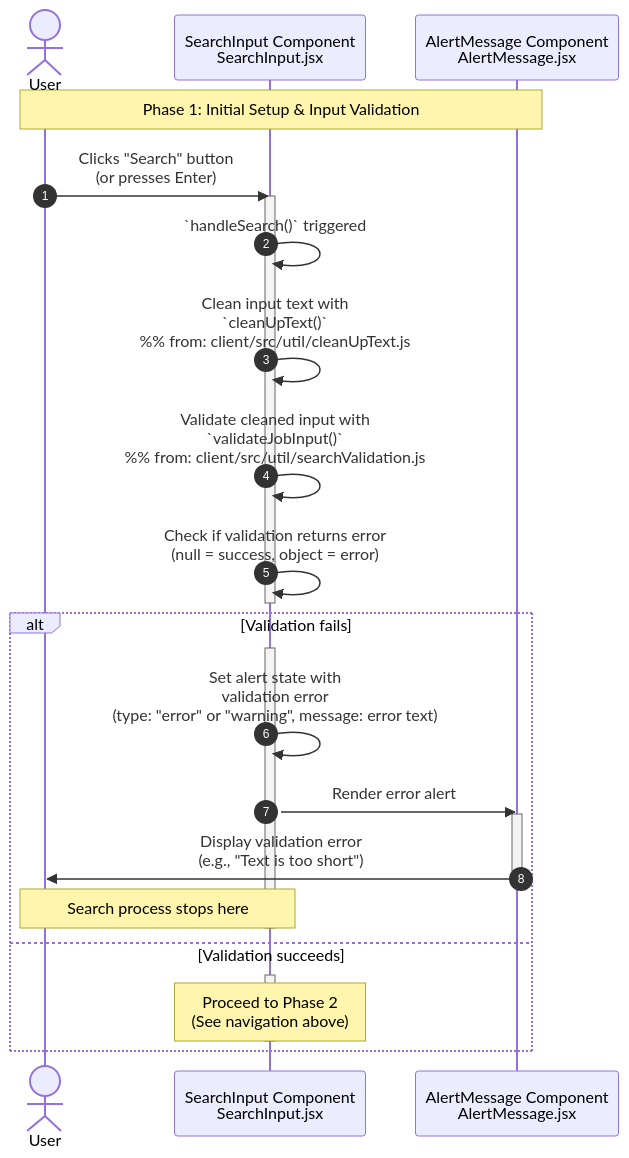
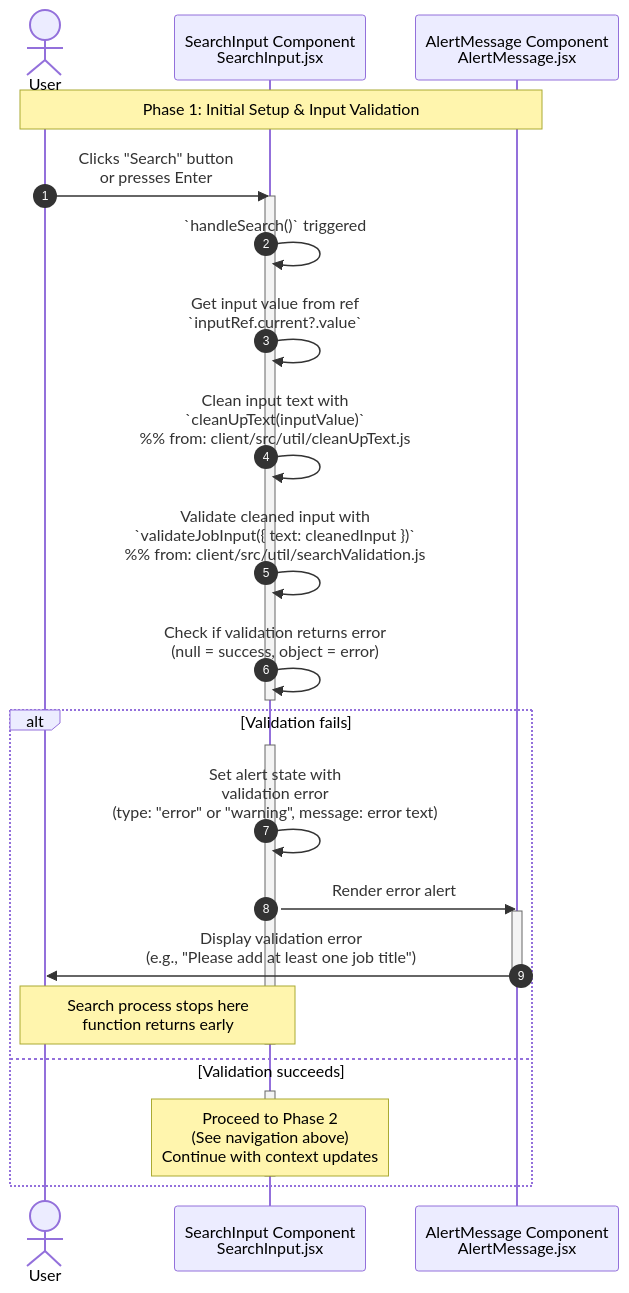
Before and after one commit to YahyaAl-Ademi/2025.10.23-JobCompass: the diagram in documentation/jobFetch/1.Initial Setup & Input Validation.md, drawn with Mermaid. The commit also changed 5 other files, not shown here.

Commit message:
refactor: update job fetch documentation; enhance input validation flow, context state updates, and travel details fetching process

````diff
--- a/documentation/jobFetch/1.Initial Setup & Input Validation.md
+++ b/documentation/jobFetch/1.Initial Setup & Input Validation.md
@@ -7,34 +7,35 @@
 ```mermaid
 sequenceDiagram
     autonumber
     actor User
     %% File paths:
     %% SearchInput: client/src/components/SearchInput/SearchInput.jsx
     %% AlertMessage: client/src/components/AlertMessage/AlertMessage.jsx
     participant SearchInput as SearchInput Component<br/>SearchInput.jsx
     participant AlertMessage as AlertMessage Component<br/>AlertMessage.jsx
 
     Note over User,AlertMessage: Phase 1: Initial Setup & Input Validation
-    User->>SearchInput: Clicks "Search" button<br/>(or presses Enter)
+    User->>SearchInput: Clicks "Search" button<br/>or presses Enter
     activate SearchInput
     SearchInput->>SearchInput: `handleSearch()` triggered
-    SearchInput->>SearchInput: Clean input text with<br/>`cleanUpText()`<br/>%% from: client/src/util/cleanUpText.js
-    SearchInput->>SearchInput: Validate cleaned input with<br/>`validateJobInput()`<br/>%% from: client/src/util/searchValidation.js
+    SearchInput->>SearchInput: Get input value from ref<br/>`inputRef.current?.value`
+    SearchInput->>SearchInput: Clean input text with<br/>`cleanUpText(inputValue)`<br/>%% from: client/src/util/cleanUpText.js
+    SearchInput->>SearchInput: Validate cleaned input with<br/>`validateJobInput({ text: cleanedInput })`<br/>%% from: client/src/util/searchValidation.js
     SearchInput->>SearchInput: Check if validation returns error<br/>(null = success, object = error)
     deactivate SearchInput
 
     alt Validation fails
         activate SearchInput
         SearchInput->>SearchInput: Set alert state with<br/>validation error<br/>(type: "error" or "warning", message: error text)
         SearchInput->>AlertMessage: Render error alert
         activate AlertMessage
-        AlertMessage->>User: Display validation error<br/>(e.g., "Text is too short")
+        AlertMessage->>User: Display validation error<br/>(e.g., "Please add at least one job title")
         deactivate AlertMessage
-        Note over SearchInput,User: Search process stops here
+        Note over SearchInput,User: Search process stops here<br/>function returns early
         deactivate SearchInput
     else Validation succeeds
         activate SearchInput
-        Note over SearchInput: Proceed to Phase 2<br/>(See navigation above)
+        Note over SearchInput: Proceed to Phase 2<br/>(See navigation above)<br/>Continue with context updates
         deactivate SearchInput
     end
 ```
````
